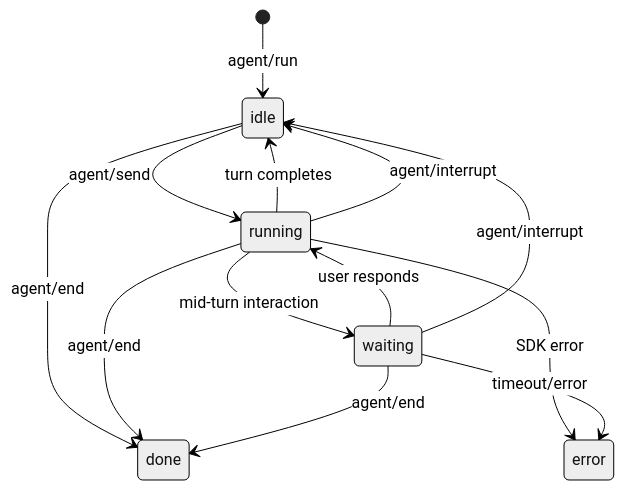
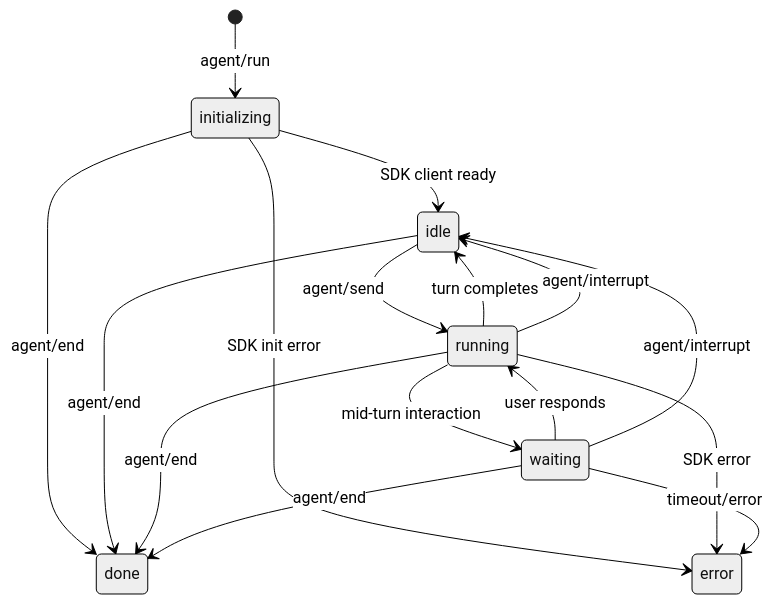
One commit to JetBrains/thinkrail changed the first of 5 diagrams in backend/app/agent/README.md. Above: the diagram before and after it, drawn with Mermaid (neutral theme). The commit also changed other lines of this file and 23 other files, not shown here.

First line of the commit message:
Add 'initializing' state to agent session lifecycle

````diff
--- a/backend/app/agent/README.md
+++ b/backend/app/agent/README.md
@@ -30,18 +30,22 @@
 ```mermaid
 stateDiagram-v2
-    [*] --> idle : agent/run
+    [*] --> initializing : agent/run
+
+    initializing --> idle : SDK client ready
+    initializing --> done : agent/end
+    initializing --> error : SDK init error
 
     idle --> running : agent/send
     idle --> done : agent/end
 
     running --> idle : turn completes
     running --> waiting : mid-turn interaction
     running --> idle : agent/interrupt
     running --> done : agent/end
     running --> error : SDK error
 
     waiting --> running : user responds
     waiting --> idle : agent/interrupt
     waiting --> done : agent/end
     waiting --> error : timeout/error
 ```
````
